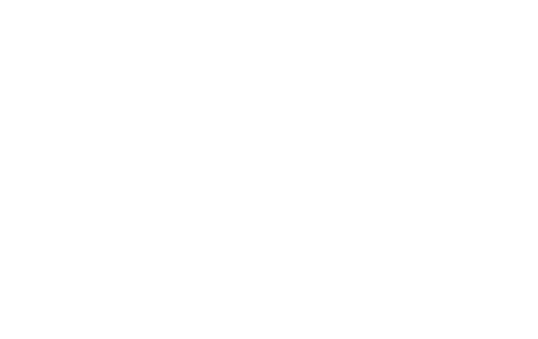
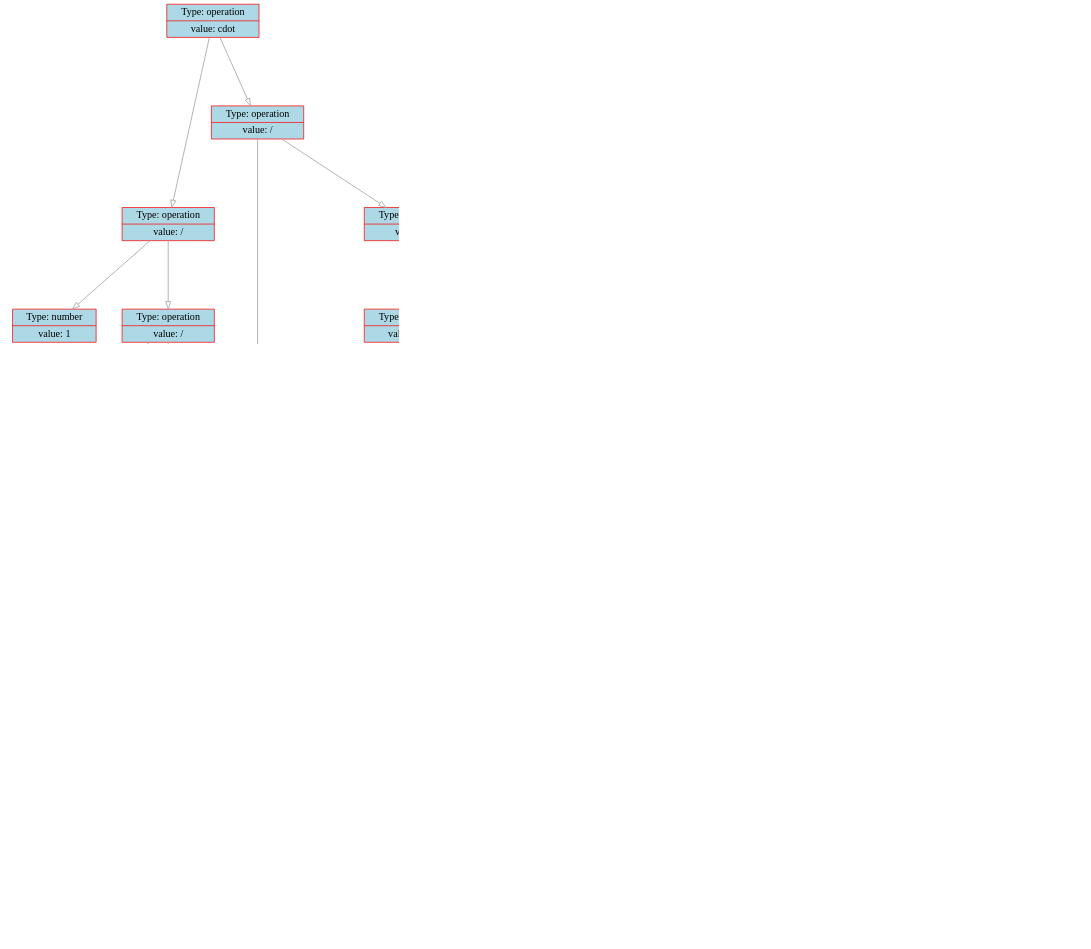
Before and after one commit to dodokek/Derivative-Calculator: the diagram in data/graph.dot, drawn with Graphviz. The commit also changed 12 other files, not shown here.

```diff
--- a/data/graph.dot
+++ b/data/graph.dot
@@ -1,46 +1,187 @@
 
     digraph g {
         dpi      = 200;
         fontname = "Comic Sans MS";
         fontsize = 20;
         rankdir   =  TB;
         edge [color = darkgrey, arrowhead = onormal, arrowsize = 1, penwidth = 1.2]
         graph[fillcolor = lightgreen, ranksep = 1.3, nodesep = 0.5,
         style = "rounded, filled",color = green, penwidth = 2]
 
-    Node0000022302061890[shape=record, width=0.2, style="filled", color="red", fillcolor="lightblue",label=" {Type: operation | value: +}"] 
+    Node0000028d5f256db0[shape=record, width=0.2, style="filled", color="red", fillcolor="lightblue",label=" {Type: operation | value: \cdot}"] 
  
-Node0000022302061770[shape=record, width=0.2, style="filled", color="red", fillcolor="lightblue",label=" {Type: operation | value: +}"] 
+Node0000028d5f256d20[shape=record, width=0.2, style="filled", color="red", fillcolor="lightblue",label=" {Type: operation | value: /}"] 
  
-Node00000223020616e0[shape=record, width=0.2, style="filled", color="red", fillcolor="lightblue",label=" {Type: operation | value: +}"] 
+Node0000028d5f256780[shape=record, width=0.2, style="filled", color="red", fillcolor="lightblue",label=" {Type: number | value: 1}"] 
  
-Node0000022302061680[shape=record, width=0.2, style="filled", color="red", fillcolor="lightblue",label=" {Type: number | value: 5}"] 
+Node0000028d5f256d80[shape=record, width=0.2, style="filled", color="red", fillcolor="lightblue",label=" {Type: operation | value: /}"] 
  
-Node00000223020616b0[shape=record, width=0.2, style="filled", color="red", fillcolor="lightblue",label=" {Type: number | value: 5}"] 
+Node0000028d5f2516b0[shape=record, width=0.2, style="filled", color="red", fillcolor="lightblue",label=" {Type: operation | value: sin}"] 
  
-Node0000022302061740[shape=record, width=0.2, style="filled", color="red", fillcolor="lightblue",label=" {Type: operation | value: sin}"] 
+Node0000028d5f251680[shape=record, width=0.2, style="filled", color="red", fillcolor="lightblue",label=" {Type: variable | value: X}"] 
  
-Node0000022302061710[shape=record, width=0.2, style="filled", color="red", fillcolor="lightblue",label=" {Type: variable | value: X}"] 
+Node0000028d5f2517d0[shape=record, width=0.2, style="filled", color="red", fillcolor="lightblue",label=" {Type: operation | value: cos}"] 
  
-Node0000022302061860[shape=record, width=0.2, style="filled", color="red", fillcolor="lightblue",label=" {Type: operation | value: \cdot}"] 
+Node0000028d5f2517a0[shape=record, width=0.2, style="filled", color="red", fillcolor="lightblue",label=" {Type: operation | value: -}"] 
  
-Node00000223020617d0[shape=record, width=0.2, style="filled", color="red", fillcolor="lightblue",label=" {Type: operation | value: cos}"] 
+Node0000028d5f251740[shape=record, width=0.2, style="filled", color="red", fillcolor="lightblue",label=" {Type: operation | value: \cdot}"] 
  
-Node00000223020617a0[shape=record, width=0.2, style="filled", color="red", fillcolor="lightblue",label=" {Type: variable | value: X}"] 
+Node0000028d5f2516e0[shape=record, width=0.2, style="filled", color="red", fillcolor="lightblue",label=" {Type: number | value: 2}"] 
  
-Node0000022302061830[shape=record, width=0.2, style="filled", color="red", fillcolor="lightblue",label=" {Type: operation | value: ln}"] 
+Node0000028d5f251710[shape=record, width=0.2, style="filled", color="red", fillcolor="lightblue",label=" {Type: variable | value: X}"] 
  
-Node0000022302061800[shape=record, width=0.2, style="filled", color="red", fillcolor="lightblue",label=" {Type: variable | value: X}"] 
+Node0000028d5f251770[shape=record, width=0.2, style="filled", color="red", fillcolor="lightblue",label=" {Type: number | value: 5}"] 
  
-Node0000022302061890->Node0000022302061770
-Node0000022302061770->Node00000223020616e0
-Node00000223020616e0->Node0000022302061680
-Node00000223020616e0->Node00000223020616b0
-Node0000022302061770->Node0000022302061740
-Node0000022302061740->Node0000022302061710
-Node0000022302061890->Node0000022302061860
-Node0000022302061860->Node00000223020617d0
-Node00000223020617d0->Node00000223020617a0
-Node0000022302061860->Node0000022302061830
-Node0000022302061830->Node0000022302061800
+Node0000028d5f256c60[shape=record, width=0.2, style="filled", color="red", fillcolor="lightblue",label=" {Type: operation | value: /}"] 
+ 
+Node0000028d5f256ab0[shape=record, width=0.2, style="filled", color="red", fillcolor="lightblue",label=" {Type: operation | value: -}"] 
+ 
+Node0000028d5f256900[shape=record, width=0.2, style="filled", color="red", fillcolor="lightblue",label=" {Type: operation | value: \cdot}"] 
+ 
+Node0000028d5f256720[shape=record, width=0.2, style="filled", color="red", fillcolor="lightblue",label=" {Type: operation | value: \cdot}"] 
+ 
+Node0000028d5f256c00[shape=record, width=0.2, style="filled", color="red", fillcolor="lightblue",label=" {Type: operation | value: cos}"] 
+ 
+Node0000028d5f251c10[shape=record, width=0.2, style="filled", color="red", fillcolor="lightblue",label=" {Type: variable | value: X}"] 
+ 
+Node0000028d5f251bb0[shape=record, width=0.2, style="filled", color="red", fillcolor="lightblue",label=" {Type: number | value: 1}"] 
+ 
+Node0000028d5f251b80[shape=record, width=0.2, style="filled", color="red", fillcolor="lightblue",label=" {Type: operation | value: cos}"] 
+ 
+Node0000028d5f2517a0[shape=record, width=0.2, style="filled", color="red", fillcolor="lightblue",label=" {Type: operation | value: -}"] 
+ 
+Node0000028d5f251740[shape=record, width=0.2, style="filled", color="red", fillcolor="lightblue",label=" {Type: operation | value: \cdot}"] 
+ 
+Node0000028d5f2516e0[shape=record, width=0.2, style="filled", color="red", fillcolor="lightblue",label=" {Type: number | value: 2}"] 
+ 
+Node0000028d5f251710[shape=record, width=0.2, style="filled", color="red", fillcolor="lightblue",label=" {Type: variable | value: X}"] 
+ 
+Node0000028d5f251770[shape=record, width=0.2, style="filled", color="red", fillcolor="lightblue",label=" {Type: number | value: 5}"] 
+ 
+Node0000028d5f251b50[shape=record, width=0.2, style="filled", color="red", fillcolor="lightblue",label=" {Type: operation | value: \cdot}"] 
+ 
+Node0000028d5f251b20[shape=record, width=0.2, style="filled", color="red", fillcolor="lightblue",label=" {Type: operation | value: sin}"] 
+ 
+Node0000028d5f251680[shape=record, width=0.2, style="filled", color="red", fillcolor="lightblue",label=" {Type: variable | value: X}"] 
+ 
+Node0000028d5f251ac0[shape=record, width=0.2, style="filled", color="red", fillcolor="lightblue",label=" {Type: operation | value: \cdot}"] 
+ 
+Node0000028d5f251cd0[shape=record, width=0.2, style="filled", color="red", fillcolor="lightblue",label=" {Type: operation | value: \cdot}"] 
+ 
+Node0000028d5f2519d0[shape=record, width=0.2, style="filled", color="red", fillcolor="lightblue",label=" {Type: number | value: -1}"] 
+ 
+Node0000028d5f251ca0[shape=record, width=0.2, style="filled", color="red", fillcolor="lightblue",label=" {Type: operation | value: sin}"] 
+ 
+Node0000028d5f251a90[shape=record, width=0.2, style="filled", color="red", fillcolor="lightblue",label=" {Type: operation | value: -}"] 
+ 
+Node0000028d5f251740[shape=record, width=0.2, style="filled", color="red", fillcolor="lightblue",label=" {Type: operation | value: \cdot}"] 
+ 
+Node0000028d5f2516e0[shape=record, width=0.2, style="filled", color="red", fillcolor="lightblue",label=" {Type: number | value: 2}"] 
+ 
+Node0000028d5f251710[shape=record, width=0.2, style="filled", color="red", fillcolor="lightblue",label=" {Type: variable | value: X}"] 
+ 
+Node0000028d5f251770[shape=record, width=0.2, style="filled", color="red", fillcolor="lightblue",label=" {Type: number | value: 5}"] 
+ 
+Node0000028d5f2519a0[shape=record, width=0.2, style="filled", color="red", fillcolor="lightblue",label=" {Type: operation | value: -}"] 
+ 
+Node0000028d5f251970[shape=record, width=0.2, style="filled", color="red", fillcolor="lightblue",label=" {Type: operation | value: +}"] 
+ 
+Node0000028d5f251a60[shape=record, width=0.2, style="filled", color="red", fillcolor="lightblue",label=" {Type: operation | value: \cdot}"] 
+ 
+Node0000028d5f251c40[shape=record, width=0.2, style="filled", color="red", fillcolor="lightblue",label=" {Type: number | value: 0}"] 
+ 
+Node0000028d5f251a00[shape=record, width=0.2, style="filled", color="red", fillcolor="lightblue",label=" {Type: variable | value: X}"] 
+ 
+Node0000028d5f251be0[shape=record, width=0.2, style="filled", color="red", fillcolor="lightblue",label=" {Type: operation | value: \cdot}"] 
+ 
+Node0000028d5f251af0[shape=record, width=0.2, style="filled", color="red", fillcolor="lightblue",label=" {Type: number | value: 2}"] 
+ 
+Node0000028d5f251a30[shape=record, width=0.2, style="filled", color="red", fillcolor="lightblue",label=" {Type: number | value: 1}"] 
+ 
+Node0000028d5f251c70[shape=record, width=0.2, style="filled", color="red", fillcolor="lightblue",label=" {Type: number | value: 0}"] 
+ 
+Node0000028d5f2518f0[shape=record, width=0.2, style="filled", color="red", fillcolor="lightblue",label=" {Type: operation | value: \cdot}"] 
+ 
+Node0000028d5f2518c0[shape=record, width=0.2, style="filled", color="red", fillcolor="lightblue",label=" {Type: operation | value: cos}"] 
+ 
+Node0000028d5f2517a0[shape=record, width=0.2, style="filled", color="red", fillcolor="lightblue",label=" {Type: operation | value: -}"] 
+ 
+Node0000028d5f251740[shape=record, width=0.2, style="filled", color="red", fillcolor="lightblue",label=" {Type: operation | value: \cdot}"] 
+ 
+Node0000028d5f2516e0[shape=record, width=0.2, style="filled", color="red", fillcolor="lightblue",label=" {Type: number | value: 2}"] 
+ 
+Node0000028d5f251710[shape=record, width=0.2, style="filled", color="red", fillcolor="lightblue",label=" {Type: variable | value: X}"] 
+ 
+Node0000028d5f251770[shape=record, width=0.2, style="filled", color="red", fillcolor="lightblue",label=" {Type: number | value: 5}"] 
+ 
+Node0000028d5f251890[shape=record, width=0.2, style="filled", color="red", fillcolor="lightblue",label=" {Type: operation | value: cos}"] 
+ 
+Node0000028d5f2517a0[shape=record, width=0.2, style="filled", color="red", fillcolor="lightblue",label=" {Type: operation | value: -}"] 
+ 
+Node0000028d5f251740[shape=record, width=0.2, style="filled", color="red", fillcolor="lightblue",label=" {Type: operation | value: \cdot}"] 
+ 
+Node0000028d5f2516e0[shape=record, width=0.2, style="filled", color="red", fillcolor="lightblue",label=" {Type: number | value: 2}"] 
+ 
+Node0000028d5f251710[shape=record, width=0.2, style="filled", color="red", fillcolor="lightblue",label=" {Type: variable | value: X}"] 
+ 
+Node0000028d5f251770[shape=record, width=0.2, style="filled", color="red", fillcolor="lightblue",label=" {Type: number | value: 5}"] 
+ 
+Node0000028d5f256db0->Node0000028d5f256d20
+Node0000028d5f256d20->Node0000028d5f256780
+Node0000028d5f256d20->Node0000028d5f256d80
+Node0000028d5f256d80->Node0000028d5f2516b0
+Node0000028d5f2516b0->Node0000028d5f251680
+Node0000028d5f256d80->Node0000028d5f2517d0
+Node0000028d5f2517d0->Node0000028d5f2517a0
+Node0000028d5f2517a0->Node0000028d5f251740
+Node0000028d5f251740->Node0000028d5f2516e0
+Node0000028d5f251740->Node0000028d5f251710
+Node0000028d5f2517a0->Node0000028d5f251770
+Node0000028d5f256db0->Node0000028d5f256c60
+Node0000028d5f256c60->Node0000028d5f256ab0
+Node0000028d5f256ab0->Node0000028d5f256900
+Node0000028d5f256900->Node0000028d5f256720
+Node0000028d5f256720->Node0000028d5f256c00
+Node0000028d5f256c00->Node0000028d5f251c10
+Node0000028d5f256720->Node0000028d5f251bb0
+Node0000028d5f256900->Node0000028d5f251b80
+Node0000028d5f251b80->Node0000028d5f2517a0
+Node0000028d5f2517a0->Node0000028d5f251740
+Node0000028d5f251740->Node0000028d5f2516e0
+Node0000028d5f251740->Node0000028d5f251710
+Node0000028d5f2517a0->Node0000028d5f251770
+Node0000028d5f256ab0->Node0000028d5f251b50
+Node0000028d5f251b50->Node0000028d5f251b20
+Node0000028d5f251b20->Node0000028d5f251680
+Node0000028d5f251b50->Node0000028d5f251ac0
+Node0000028d5f251ac0->Node0000028d5f251cd0
+Node0000028d5f251cd0->Node0000028d5f2519d0
+Node0000028d5f251cd0->Node0000028d5f251ca0
+Node0000028d5f251ca0->Node0000028d5f251a90
+Node0000028d5f251a90->Node0000028d5f251740
+Node0000028d5f251740->Node0000028d5f2516e0
+Node0000028d5f251740->Node0000028d5f251710
+Node0000028d5f251a90->Node0000028d5f251770
+Node0000028d5f251ac0->Node0000028d5f2519a0
+Node0000028d5f2519a0->Node0000028d5f251970
+Node0000028d5f251970->Node0000028d5f251a60
+Node0000028d5f251a60->Node0000028d5f251c40
+Node0000028d5f251a60->Node0000028d5f251a00
+Node0000028d5f251970->Node0000028d5f251be0
+Node0000028d5f251be0->Node0000028d5f251af0
+Node0000028d5f251be0->Node0000028d5f251a30
+Node0000028d5f2519a0->Node0000028d5f251c70
+Node0000028d5f256c60->Node0000028d5f2518f0
+Node0000028d5f2518f0->Node0000028d5f2518c0
+Node0000028d5f2518c0->Node0000028d5f2517a0
+Node0000028d5f2517a0->Node0000028d5f251740
+Node0000028d5f251740->Node0000028d5f2516e0
+Node0000028d5f251740->Node0000028d5f251710
+Node0000028d5f2517a0->Node0000028d5f251770
+Node0000028d5f2518f0->Node0000028d5f251890
+Node0000028d5f251890->Node0000028d5f2517a0
+Node0000028d5f2517a0->Node0000028d5f251740
+Node0000028d5f251740->Node0000028d5f2516e0
+Node0000028d5f251740->Node0000028d5f251710
+Node0000028d5f2517a0->Node0000028d5f251770
 }
```
